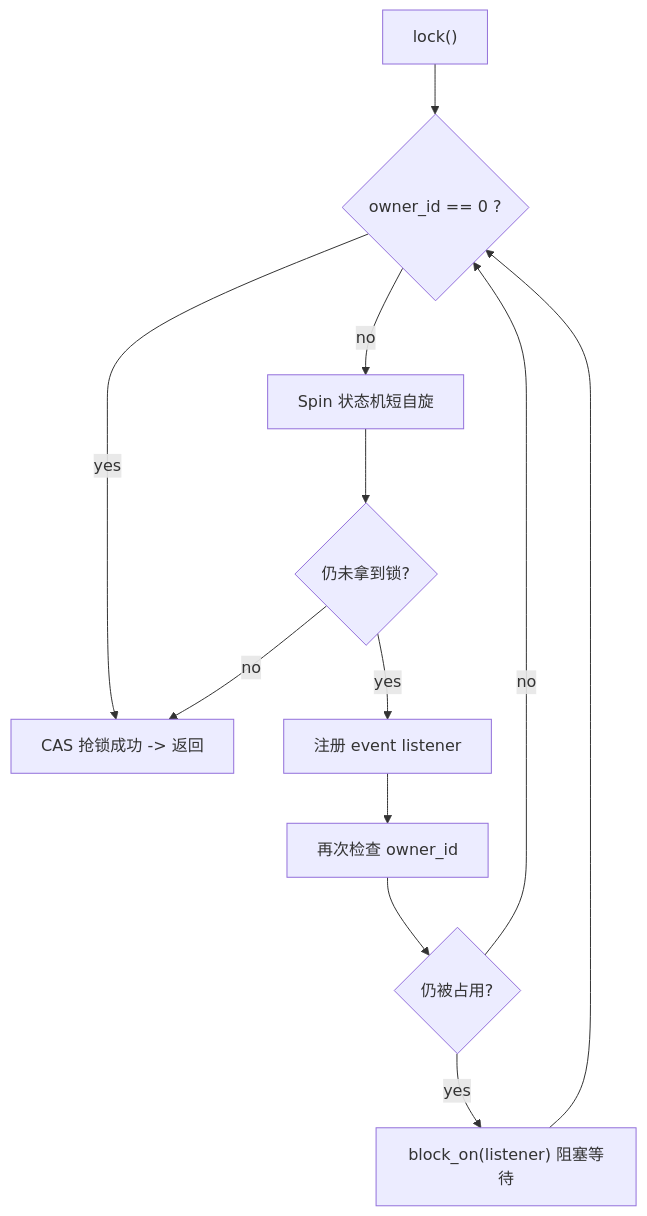
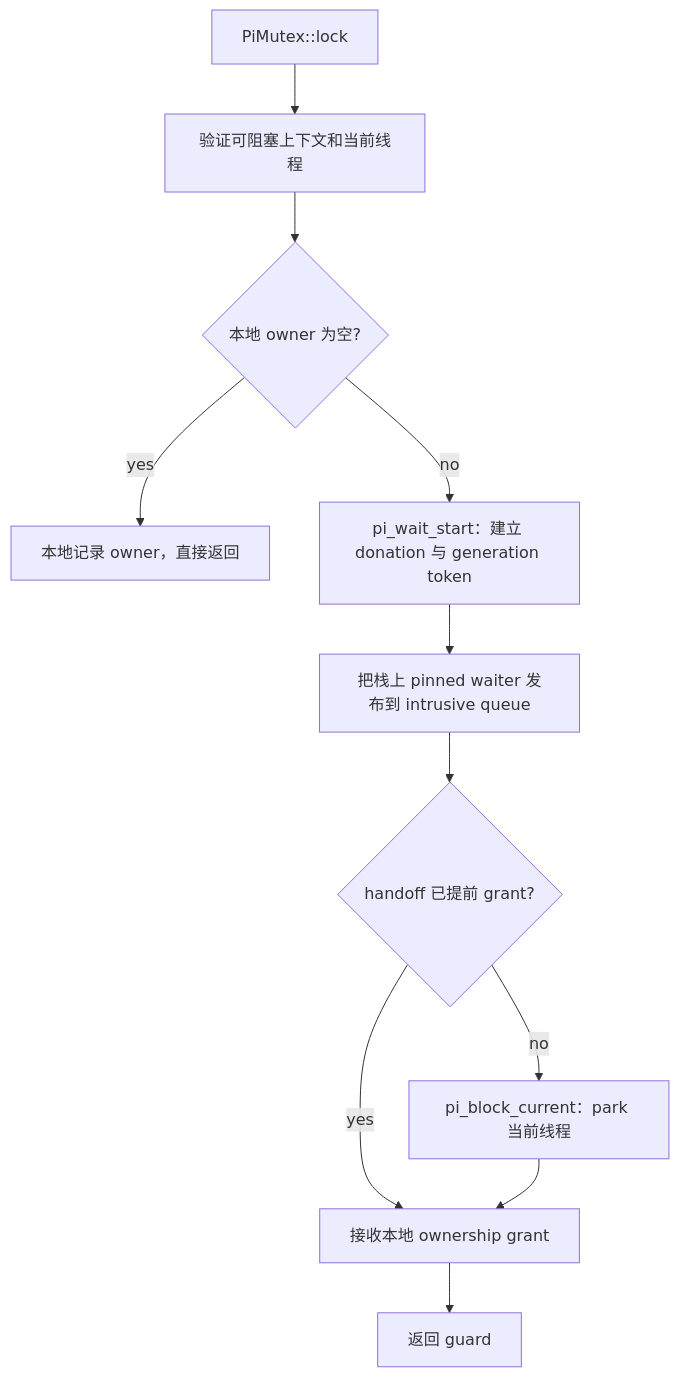
Before and after one commit to rcore-os/tgoskits: the second of 2 diagrams in docs/docs/components/crates/ax-sync.md, drawn with Mermaid. The commit also changed other lines of this file and 439 other files, not shown here.

````diff
--- a/docs/docs/components/crates/ax-sync.md
+++ b/docs/docs/components/crates/ax-sync.md
@@ -40,14 +91,13 @@
 ```mermaid
 flowchart TD
-    A["lock()"] --> B{"owner_id == 0 ?"}
-    B -- yes --> C["CAS 抢锁成功 -> 返回"]
-    B -- no --> D["Spin 状态机短自旋"]
-    D --> E{"仍未拿到锁?"}
-    E -- no --> C
-    E -- yes --> F["注册 event listener"]
-    F --> G["再次检查 owner_id"]
-    G --> H{"仍被占用?"}
-    H -- no --> B
-    H -- yes --> I["block_on(listener) 阻塞等待"]
-    I --> B
+    A["PiMutex::lock"] --> B["验证可阻塞上下文和当前线程"]
+    B --> C{"本地 owner 为空?"}
+    C -- yes --> D["本地记录 owner，直接返回"]
+    C -- no --> E["pi_wait_start：建立 donation 与 generation token"]
+    E --> F["把栈上 pinned waiter 发布到 intrusive queue"]
+    F --> G{"handoff 已提前 grant?"}
+    G -- yes --> H["接收本地 ownership grant"]
+    G -- no --> I["pi_block_current：park 当前线程"]
+    I --> H
+    H --> J["返回 guard"]
 ```
````
